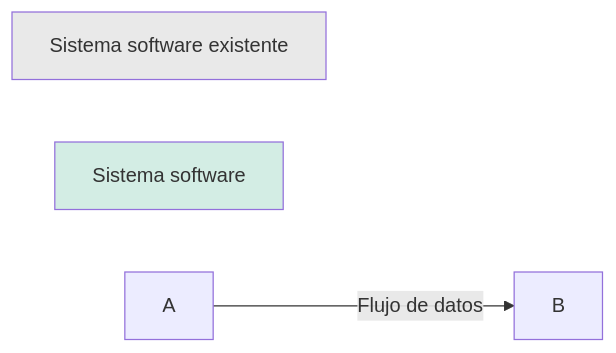
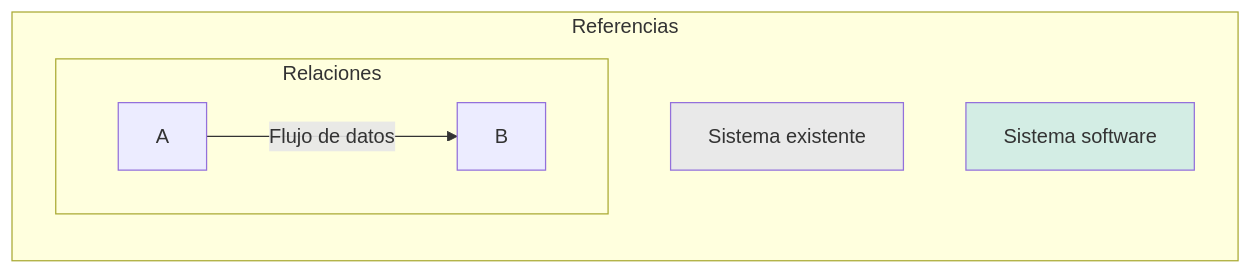
One commit to sami-reinoso/hiring-integration changed the second of 2 diagrams in docs/README.md. Above: the diagram before and after it, drawn with Mermaid.

Commit message:
Fix references

````diff
--- a/docs/README.md
+++ b/docs/README.md
@@ -15,11 +15,14 @@
 ```mermaid
-graph LR
+graph RL
+subgraph Referencias
     classDef existingSystem fill:#e9e9e9
     classDef system fill:#d3ede4
-    C[Sistema software existente]:::existingSystem
+    C[Sistema existente]:::existingSystem
     D[Sistema software]:::system
     C
     D
+    subgraph Relaciones
     A-- Flujo de datos -->B
-
+    end
+end
 ```
````
